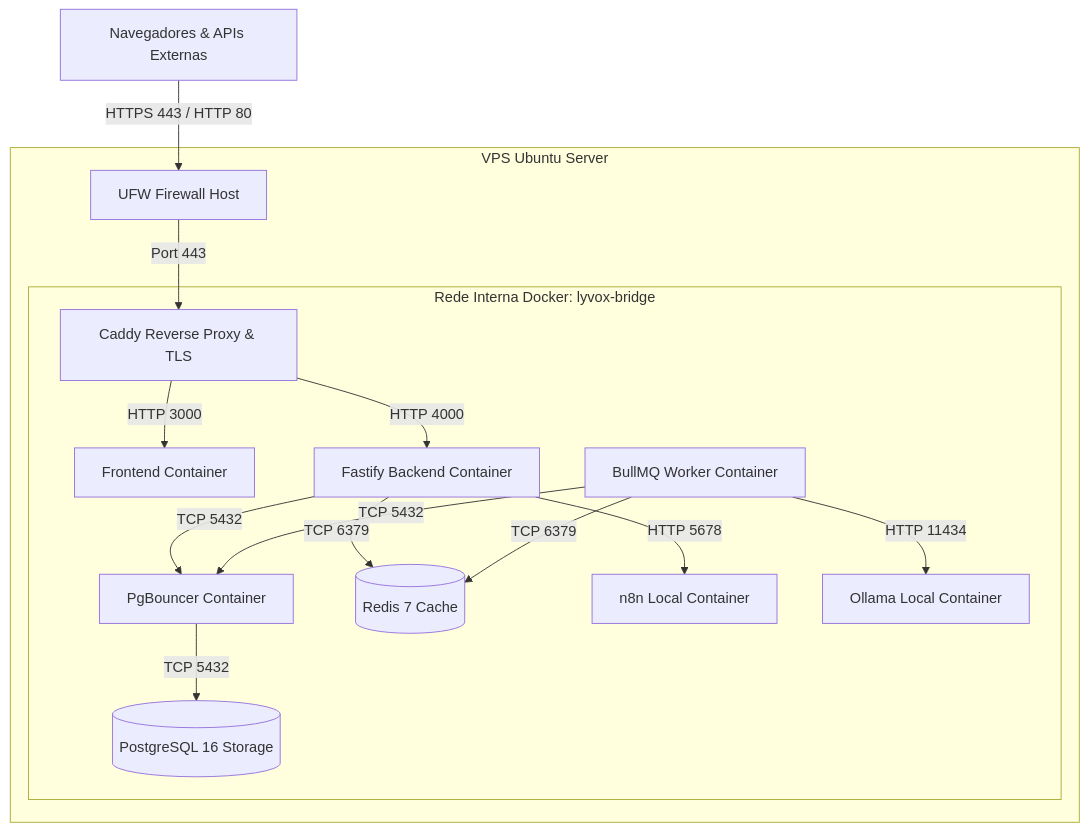
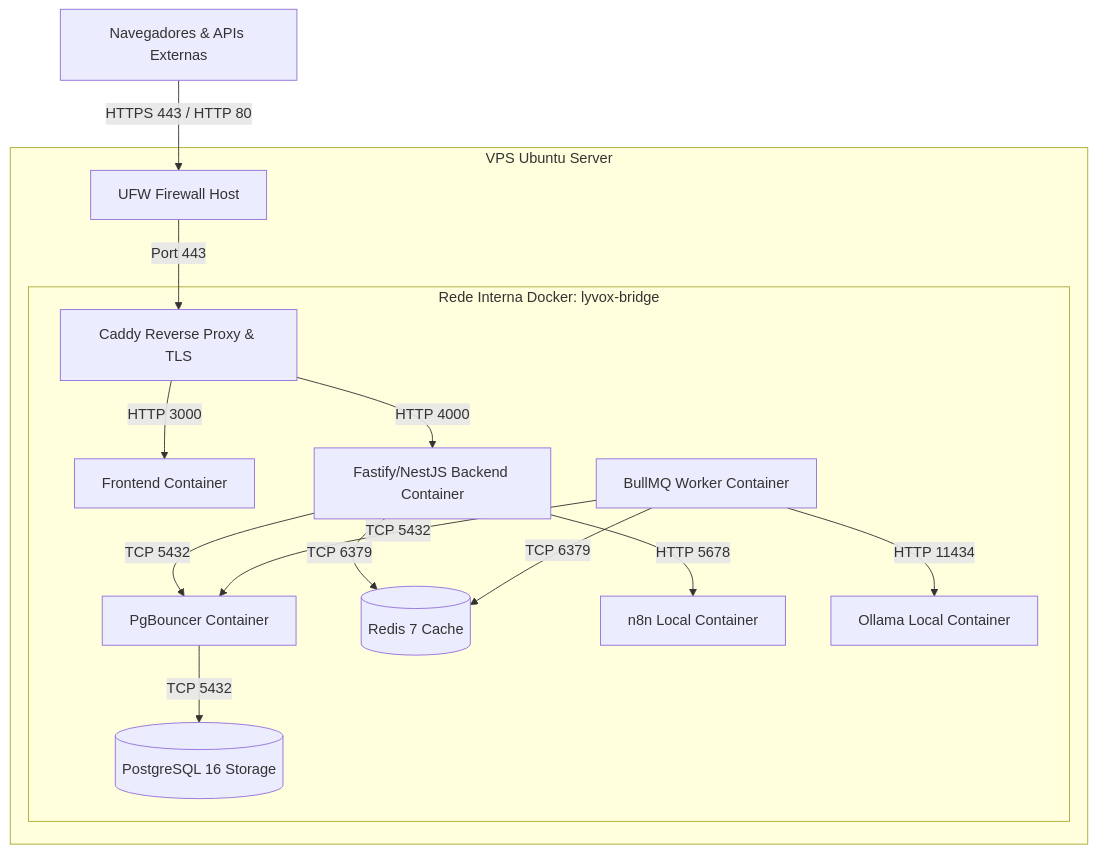
The diagram in docs/planejamento/14-INFRAESTRUTURA-VPS-REDE-E-DEPLOY.md (lyvoxconsult/lyvoxcorp), drawn with Mermaid before and after one commit. The commit also changed other lines of this file and 28 other files, not shown here.

````diff
--- a/docs/planejamento/14-INFRAESTRUTURA-VPS-REDE-E-DEPLOY.md
+++ b/docs/planejamento/14-INFRAESTRUTURA-VPS-REDE-E-DEPLOY.md
@@ -18,21 +18,21 @@
 ```mermaid
 graph TD
     Client[Navegadores & APIs Externas] -->|HTTPS 443 / HTTP 80| Firewall[UFW Firewall Host]
     
     subgraph Host_VPS[VPS Ubuntu Server]
         Firewall -->|Port 443| Caddy[Caddy Reverse Proxy & TLS]
 
         subgraph Docker_Bridge[Rede Interna Docker: lyvox-bridge]
             Caddy -->|HTTP 3000| WebApp[Frontend Container]
-            Caddy -->|HTTP 4000| BackendApp[Fastify Backend Container]
+            Caddy -->|HTTP 4000| BackendApp[Fastify/NestJS Backend Container]
             BackendApp -->|TCP 5432| PgPool[PgBouncer Container]
             PgPool -->|TCP 5432| PostgresDB[(PostgreSQL 16 Storage)]
             BackendApp -->|TCP 6379| RedisStore[(Redis 7 Cache)]
             Worker[BullMQ Worker Container] -->|TCP 6379| RedisStore
             Worker -->|TCP 5432| PgPool
 
             BackendApp -->|HTTP 5678| ExistingN8n[n8n Local Container]
             Worker -->|HTTP 11434| ExistingOllama[Ollama Local Container]
         end
     end
 ```
````
